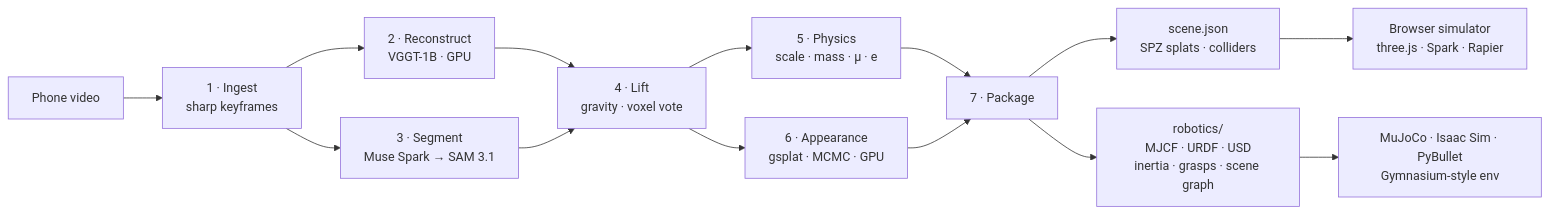
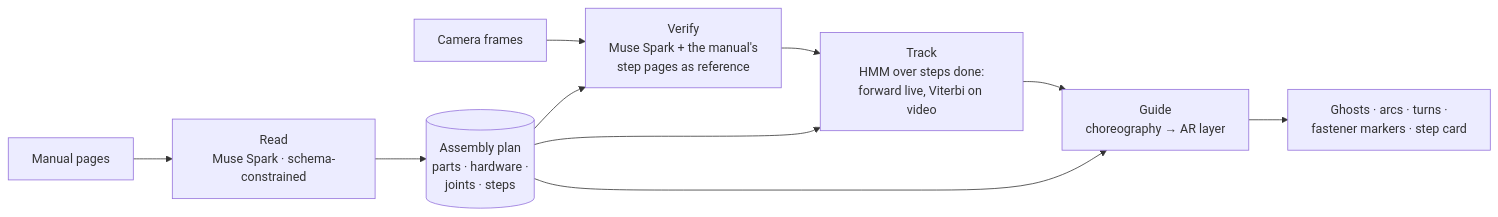
Before and after one commit to DanielTong50/3d-visualization: the diagram in README.md, drawn with Mermaid. The commit also changed other lines of this file and 6 other files, not shown here.

````diff
--- a/README.md
+++ b/README.md
@@ -38,16 +44,12 @@
 ```mermaid
 flowchart LR
-    V[Phone video] --> I[1 · Ingest<br/>sharp keyframes]
-    I --> R[2 · Reconstruct<br/>VGGT-1B · GPU]
-    I --> S[3 · Segment<br/>Muse Spark → SAM 3.1]
-    R --> L[4 · Lift<br/>gravity · voxel vote]
-    S --> L
-    L --> P[5 · Physics<br/>scale · mass · μ · e]
-    L --> G[6 · Appearance<br/>gsplat · MCMC · GPU]
-    P --> K[7 · Package]
-    G --> K
-    K --> SC[scene.json<br/>SPZ splats · colliders]
-    K --> RB[robotics/<br/>MJCF · URDF · USD<br/>inertia · grasps · scene graph]
-    SC --> W[Browser simulator<br/>three.js · Spark · Rapier]
-    RB --> M[MuJoCo · Isaac Sim · PyBullet<br/>Gymnasium-style env]
+    M[Manual pages] --> R[Read<br/>Muse Spark · schema-constrained]
+    R --> P[(Assembly plan<br/>parts · hardware ·<br/>joints · steps)]
+    C[Camera frames] --> V[Verify<br/>Muse Spark + the manual's<br/>step pages as reference]
+    P --> V
+    V --> T[Track<br/>HMM over steps done:<br/>forward live, Viterbi on video]
+    P --> T
+    T --> G[Guide<br/>choreography → AR layer]
+    P --> G
+    G --> U[Ghosts · arcs · turns ·<br/>fastener markers · step card]
 ```
````
